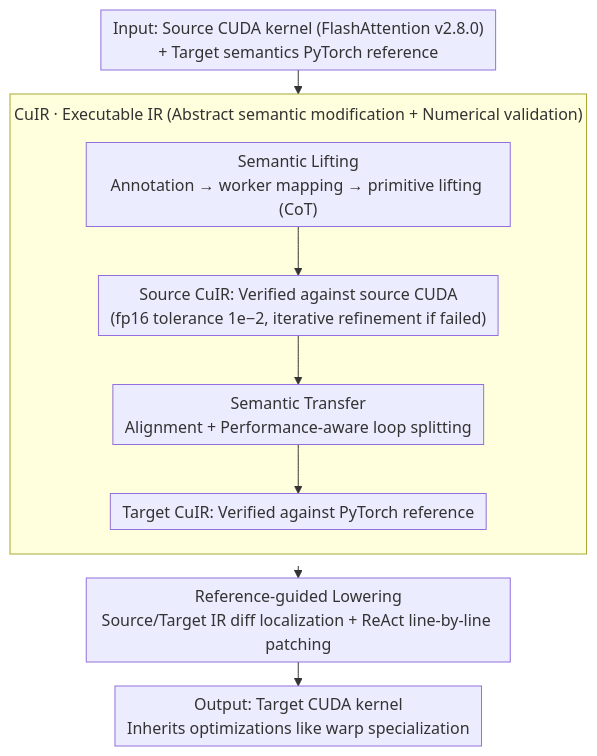
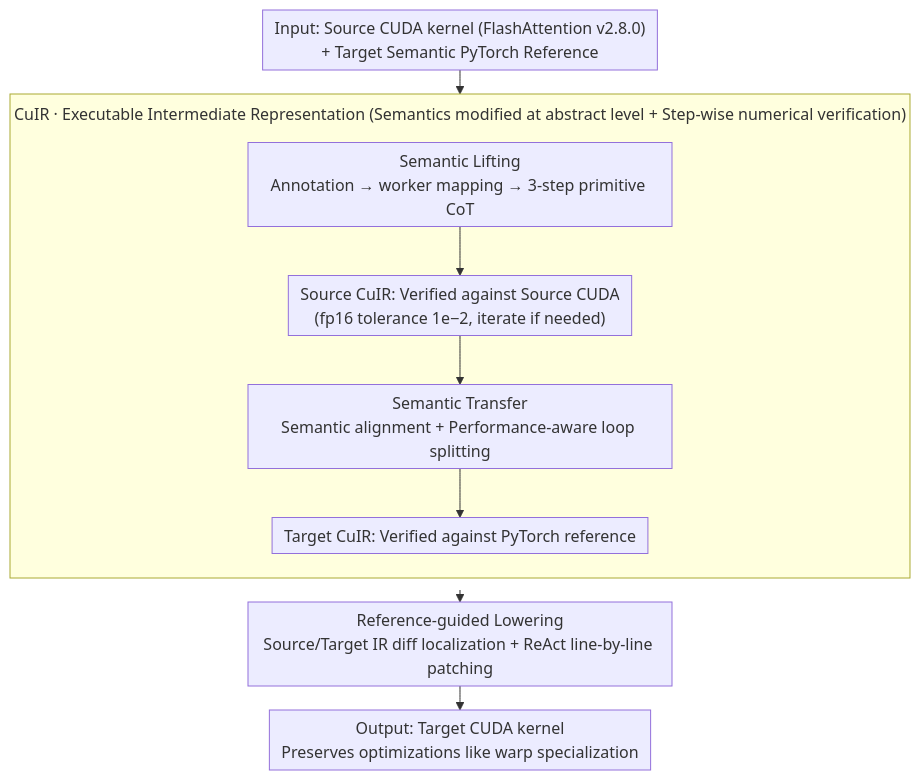
The diagram in docs/ACL2026/code_intelligence/cubridge_an_llm-based_framework_for_understanding_and_reconstructing_high-perfor.md (zhaoyang97/Paper-Notes-en), drawn with Mermaid before and after one commit. The commit also changed other lines of this file and 5084 other files, not shown here.

````diff
--- a/docs/ACL2026/code_intelligence/cubridge_an_llm-based_framework_for_understanding_and_reconstructing_high-perfor.md
+++ b/docs/ACL2026/code_intelligence/cubridge_an_llm-based_framework_for_understanding_and_reconstructing_high-perfor.md
@@ -46,15 +46,15 @@
 ```mermaid
 %%{init: {'flowchart': {'rankSpacing': 24, 'nodeSpacing': 28, 'padding': 6, 'wrappingWidth': 400, 'subGraphTitleMargin': {'top': 8, 'bottom': 16}}}}%%
 flowchart TD
-    IN["Input: Source CUDA kernel (FlashAttention v2.8.0)<br/>+ Target semantics PyTorch reference"]
+    IN["Input: Source CUDA kernel (FlashAttention v2.8.0)<br/>+ Target Semantic PyTorch Reference"]
     IN --> LIFT
-    subgraph CUIR["CuIR · Executable IR (Abstract semantic modification + Numerical validation)"]
+    subgraph CUIR["CuIR · Executable Intermediate Representation (Semantics modified at abstract level + Step-wise numerical verification)"]
         direction TB
-        LIFT["Semantic Lifting<br/>Annotation → worker mapping → primitive lifting (CoT)"]
-        LIFT --> SCU["Source CuIR: Verified against source CUDA<br/>(fp16 tolerance 1e−2, iterative refinement if failed)"]
-        SCU --> TR["Semantic Transfer<br/>Alignment + Performance-aware loop splitting"]
+        LIFT["Semantic Lifting<br/>Annotation → worker mapping → 3-step primitive CoT"]
+        LIFT --> SCU["Source CuIR: Verified against Source CUDA<br/>(fp16 tolerance 1e−2, iterate if needed)"]
+        SCU --> TR["Semantic Transfer<br/>Semantic alignment + Performance-aware loop splitting"]
         TR --> TCU["Target CuIR: Verified against PyTorch reference"]
     end
     CUIR --> LOW["Reference-guided Lowering<br/>Source/Target IR diff localization + ReAct line-by-line patching"]
-    LOW --> OUT["Output: Target CUDA kernel<br/>Inherits optimizations like warp specialization"]
+    LOW --> OUT["Output: Target CUDA kernel<br/>Preserves optimizations like warp specialization"]
 ```
````
